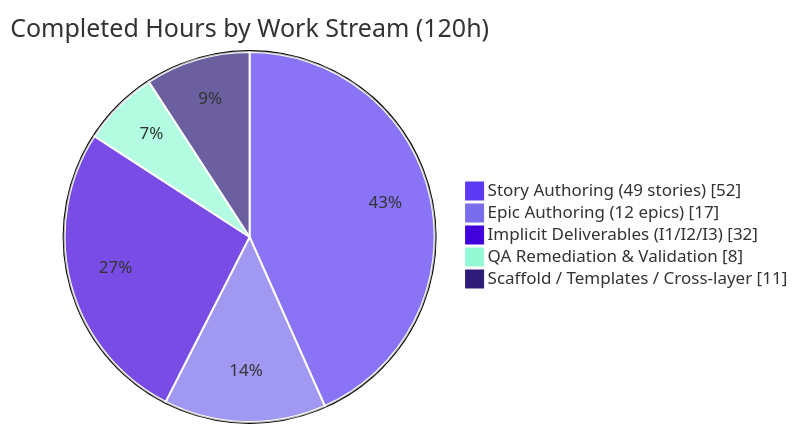
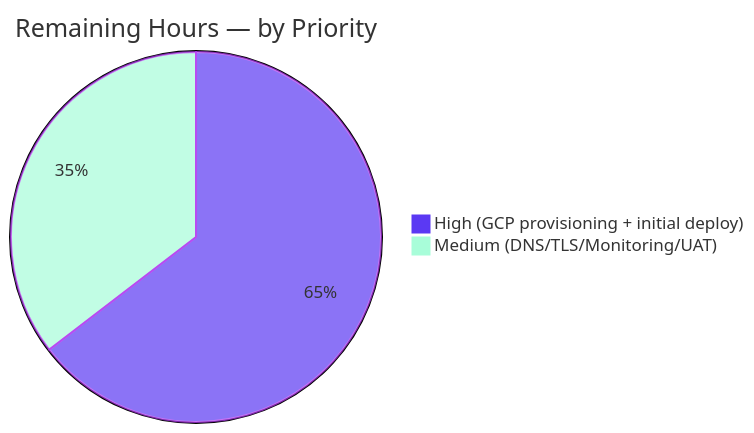
One commit to Blitzy-Sandbox/blitzy-configurator changed the third of 4 diagrams in blitzy/documentation/Project Guide.md. Above: the diagram before and after it, drawn with Mermaid. The commit also changed other lines of this file, not shown here.

Commit message:
Adding Blitzy Project Guide: Project Status and Human Tasks Remaining

````diff
--- a/blitzy/documentation/Project Guide.md
+++ b/blitzy/documentation/Project Guide.md
@@ -268,9 +277,6 @@
 ```mermaid
-%%{init: {'theme':'base','themeVariables':{'pie1':'#5B39F3','pie2':'#7A6DEC','pie3':'#4101DB','pie4':'#94FAD5','pie5':'#2D1C77','pieStrokeColor':'#FFFFFF'}}}%%
-pie showData title Completed Hours by Work Stream (120h)
-    "Story Authoring (49 stories)" : 52
-    "Epic Authoring (12 epics)" : 17
-    "Implicit Deliverables (I1/I2/I3)" : 32
-    "QA Remediation & Validation" : 8
-    "Scaffold / Templates / Cross-layer" : 11
+%%{init: {'theme':'base','themeVariables':{'pie1':'#5B39F3','pie2':'#A8FDD9','pie3':'#FFFFFF','pieStrokeColor':'#B23AF2'}}}%%
+pie title Remaining Hours — by Priority
+    "High (GCP provisioning + initial deploy)" : 31
+    "Medium (DNS/TLS/Monitoring/UAT)" : 17
 ```
````
